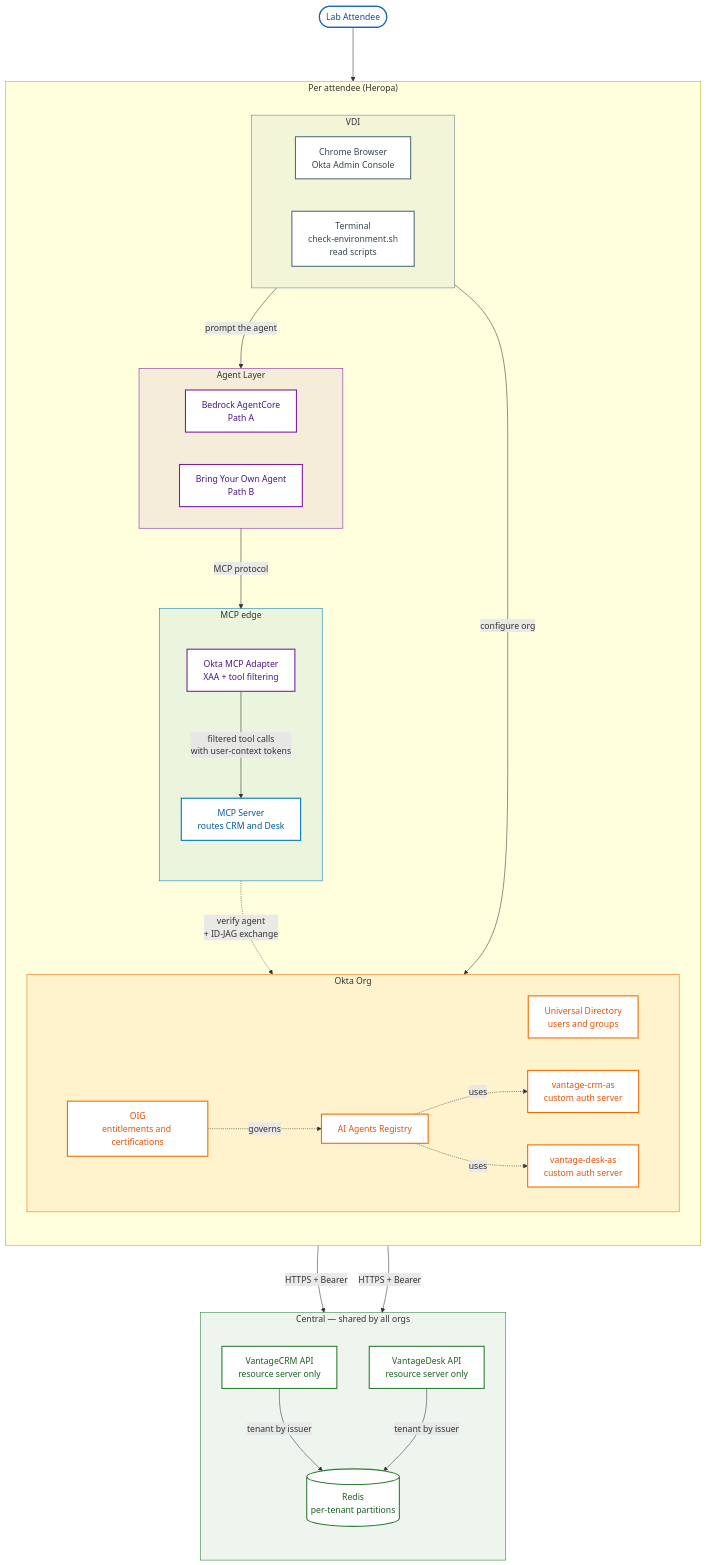
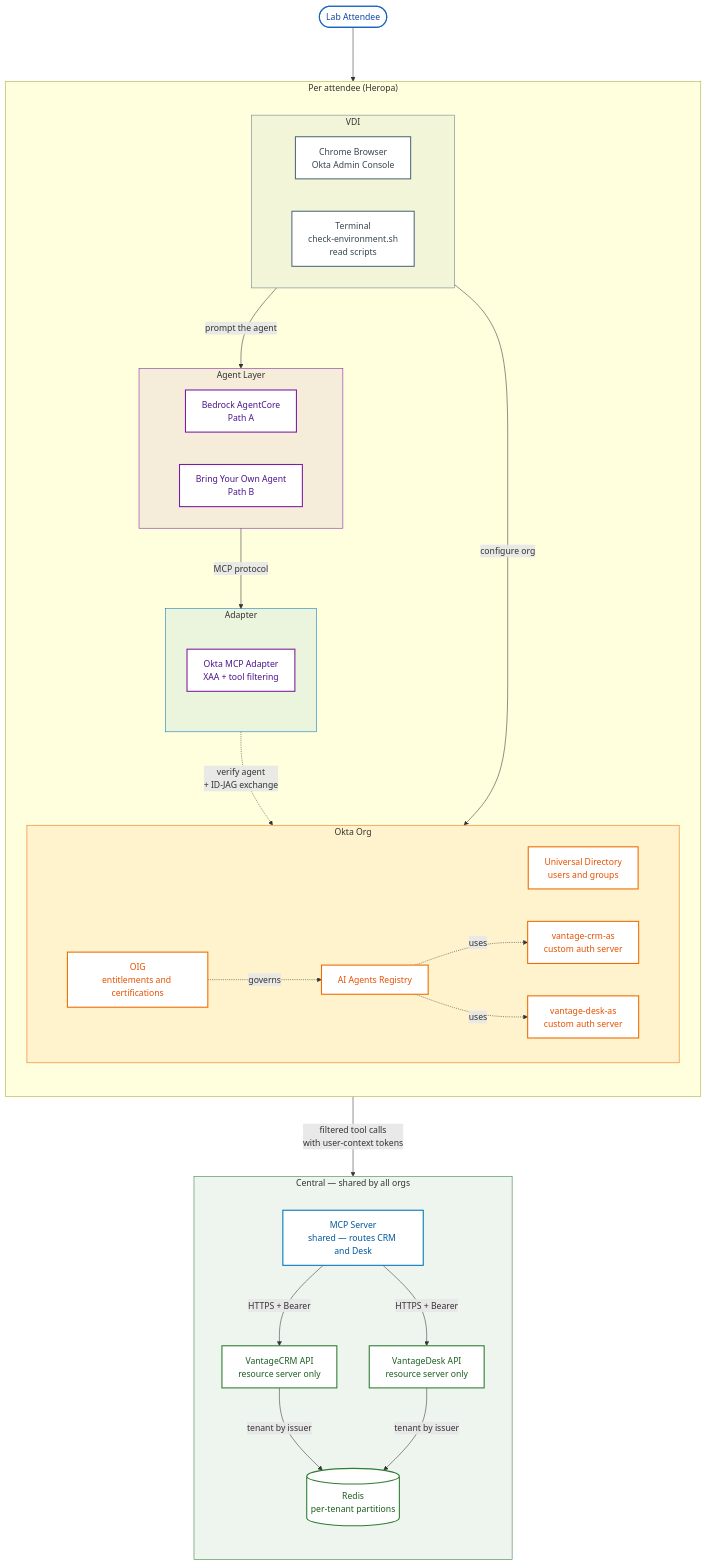
Before and after one commit to joevanhorn/04aa-tech-camp: the diagram in reference/architecture-diagram-source.md, drawn with Mermaid. The commit also changed other lines of this file and 8 other files, not shown here.

First line of the commit message:
docs: central shared MCP server (ADR-0002), adapter stays per-attendee (#2)

````diff
--- a/reference/architecture-diagram-source.md
+++ b/reference/architecture-diagram-source.md
@@ -20,79 +21,79 @@
 ```mermaid
 %%{init: {'flowchart': {'nodeSpacing': 60, 'rankSpacing': 100, 'curve': 'basis'}}}%%
 flowchart TB
     User([Lab Attendee])
 
     subgraph Heropa["Per attendee (Heropa)"]
         direction TB
 
         subgraph VDI["VDI"]
             direction LR
             Browser[Chrome Browser<br>Okta Admin Console]
             Terminal[Terminal<br>check-environment.sh<br>read scripts]
         end
 
         subgraph AgentLayer["Agent Layer"]
             direction LR
             Bedrock[Bedrock AgentCore<br>Path A]
             BYO[Bring Your Own Agent<br>Path B]
         end
 
-        subgraph Edge["MCP edge"]
+        subgraph Edge["Adapter"]
             direction TB
             Adapter[Okta MCP Adapter<br>XAA + tool filtering]
-            MCP[MCP Server<br>routes CRM and Desk]
         end
 
         subgraph Okta["Okta Org"]
             direction LR
             UD[Universal Directory<br>users and groups]
             AIRegistry[AI Agents Registry]
             CRMAS[vantage-crm-as<br>custom auth server]
             DeskAS[vantage-desk-as<br>custom auth server]
             OIG[OIG<br>entitlements and certifications]
         end
     end
 
     subgraph Central["Central — shared by all orgs"]
         direction TB
+        MCP[MCP Server<br>shared — routes CRM and Desk]
         CRM[VantageCRM API<br>resource server only]
         Desk[VantageDesk API<br>resource server only]
         Redis[(Redis<br>per-tenant partitions)]
     end
 
     User --> Browser
     Browser -->|configure org| Okta
     Browser -->|prompt the agent| AgentLayer
 
     AgentLayer -->|MCP protocol| Adapter
     Adapter -.verify agent<br>+ ID-JAG exchange.-> AIRegistry
     Adapter -->|filtered tool calls<br>with user-context tokens| MCP
     MCP -->|HTTPS + Bearer| CRM
     MCP -->|HTTPS + Bearer| Desk
     CRM -->|tenant by issuer| Redis
     Desk -->|tenant by issuer| Redis
 
     OIG -.governs.-> AIRegistry
     AIRegistry -.uses.-> CRMAS
     AIRegistry -.uses.-> DeskAS
 
     classDef trigger fill:#ffffff,stroke:#1565c0,stroke-width:2px,color:#0d47a1
     classDef infra fill:#ffffff,stroke:#546e7a,stroke-width:2px,color:#37474f
     classDef oktaCore fill:#ffffff,stroke:#ef6c00,stroke-width:2px,color:#e65100
     classDef workflow fill:#ffffff,stroke:#7b1fa2,stroke-width:2px,color:#4a148c
     classDef action fill:#ffffff,stroke:#0277bd,stroke-width:2px,color:#01579b
     classDef governance fill:#ffffff,stroke:#2e7d32,stroke-width:2px,color:#1b5e20
 
     class User trigger
     class Browser,Terminal infra
     class Bedrock,BYO,Adapter workflow
     class MCP action
     class CRM,Desk,Redis governance
     class UD,AIRegistry,CRMAS,DeskAS,OIG oktaCore
 
     style VDI fill:#607d8b14,stroke:#607d8b,stroke-width:1px
     style AgentLayer fill:#7b1fa214,stroke:#7b1fa2,stroke-width:1px
     style Edge fill:#0277bd14,stroke:#0277bd,stroke-width:1px
     style Okta fill:#ef6c0014,stroke:#ef6c00,stroke-width:1px
     style Central fill:#2e7d3214,stroke:#2e7d32,stroke-width:1px
 ```
````
